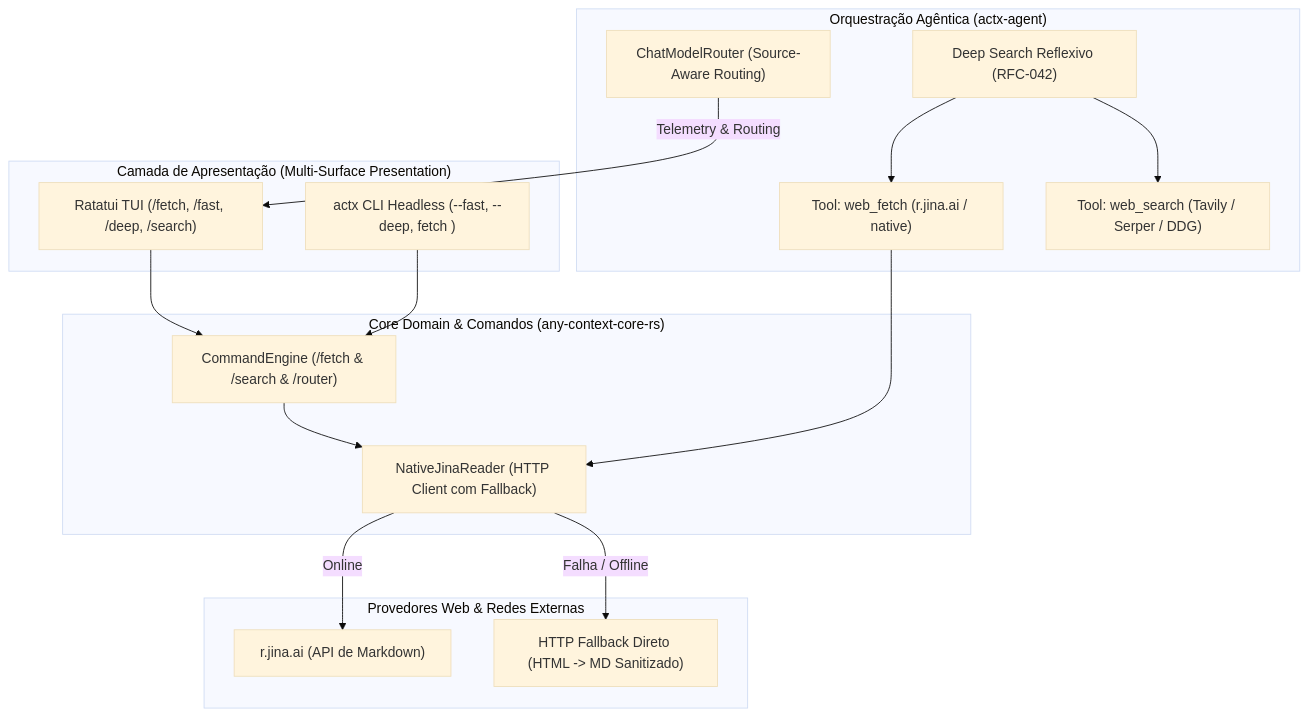
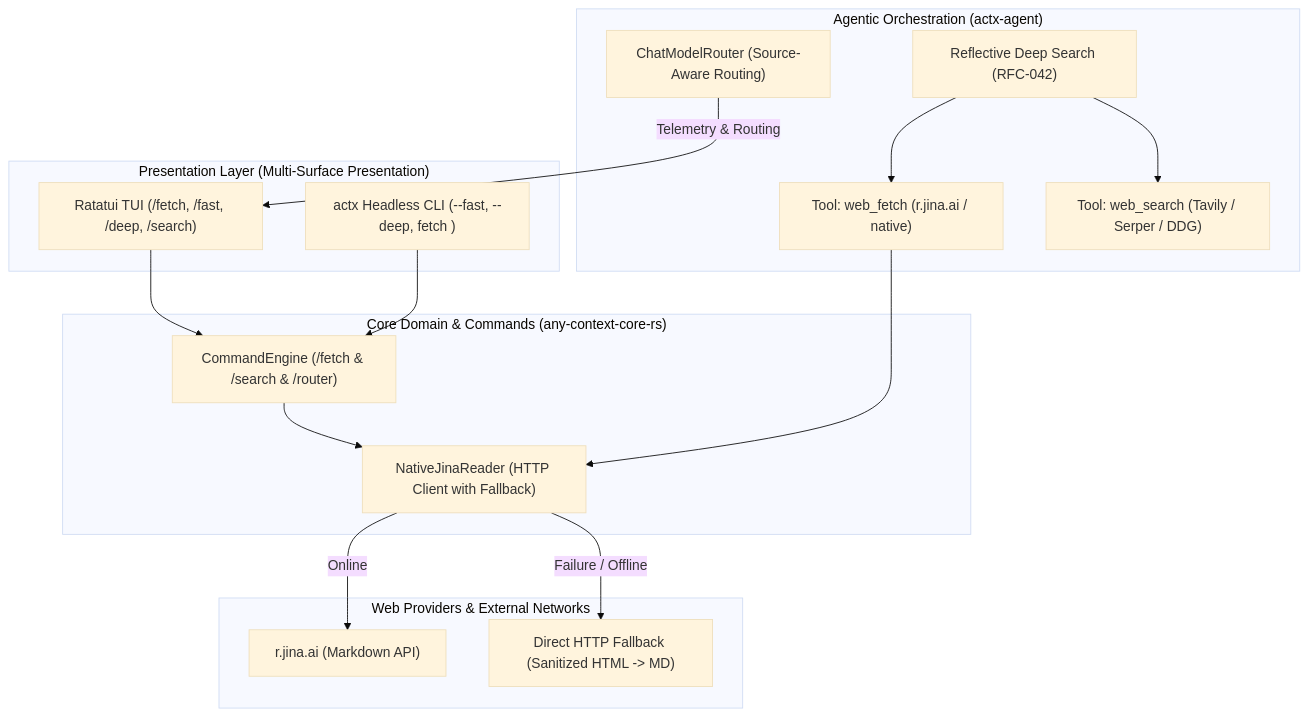
Before and after one commit to Levix-Digital/any-context: the diagram in docs/plans/anycontext_blueprint_v0390_conector_web_jina_reader_rjinaai_roteamento_source_aware_atalhos_de_chat_fetch_fast_deep.md, drawn with Mermaid (base theme). The commit also changed other lines of this file and 1 other file, not shown here.

First line of the commit message:
docs(plans): translate the workspace_folders and Jina Reader plans to English

````diff
--- a/docs/plans/anycontext_blueprint_v0390_conector_web_jina_reader_rjinaai_roteamento_source_aware_atalhos_de_chat_fetch_fast_deep.md
+++ b/docs/plans/anycontext_blueprint_v0390_conector_web_jina_reader_rjinaai_roteamento_source_aware_atalhos_de_chat_fetch_fast_deep.md
@@ -66,34 +66,34 @@
 ```mermaid
 graph TD
-    subgraph "Camada de Apresentação (Multi-Surface Presentation)"
+    subgraph "Presentation Layer (Multi-Surface Presentation)"
         TUI["Ratatui TUI (/fetch, /fast, /deep, /search)"]
-        CLI["actx CLI Headless (--fast, --deep, fetch <url>)"]
+        CLI["actx Headless CLI (--fast, --deep, fetch <url>)"]
     end
 
-    subgraph "Core Domain & Comandos (any-context-core-rs)"
+    subgraph "Core Domain & Commands (any-context-core-rs)"
         CE["CommandEngine (/fetch & /search & /router)"]
-        NJR["NativeJinaReader (HTTP Client com Fallback)"]
+        NJR["NativeJinaReader (HTTP Client with Fallback)"]
     end
 
-    subgraph "Orquestração Agêntica (actx-agent)"
+    subgraph "Agentic Orchestration (actx-agent)"
         CMR["ChatModelRouter (Source-Aware Routing)"]
         TF["Tool: web_fetch (r.jina.ai / native)"]
         TS["Tool: web_search (Tavily / Serper / DDG)"]
-        DSO["Deep Search Reflexivo (RFC-042)"]
+        DSO["Reflective Deep Search (RFC-042)"]
     end
 
-    subgraph "Provedores Web & Redes Externas"
-        JINA["r.jina.ai (API de Markdown)"]
-        DIRECT["HTTP Fallback Direto (HTML -> MD Sanitizado)"]
+    subgraph "Web Providers & External Networks"
+        JINA["r.jina.ai (Markdown API)"]
+        DIRECT["Direct HTTP Fallback (Sanitized HTML -> MD)"]
     end
 
     TUI --> CE
     CLI --> CE
     CE --> NJR
     DSO --> TF
     DSO --> TS
     TF --> NJR
     NJR -->|Online| JINA
-    NJR -->|Falha / Offline| DIRECT
+    NJR -->|Failure / Offline| DIRECT
     CMR -->|Telemetry & Routing| TUI
 ```
````
